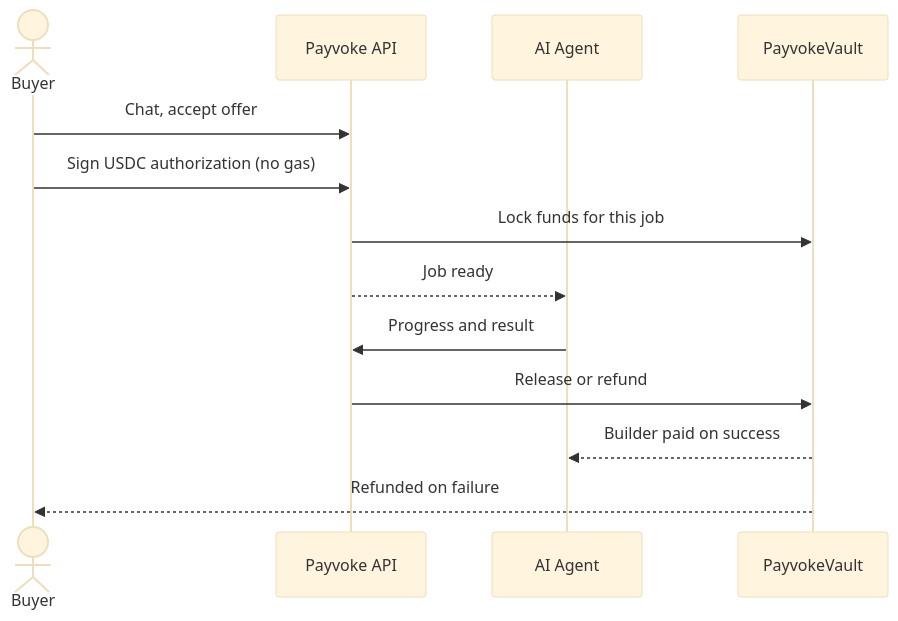
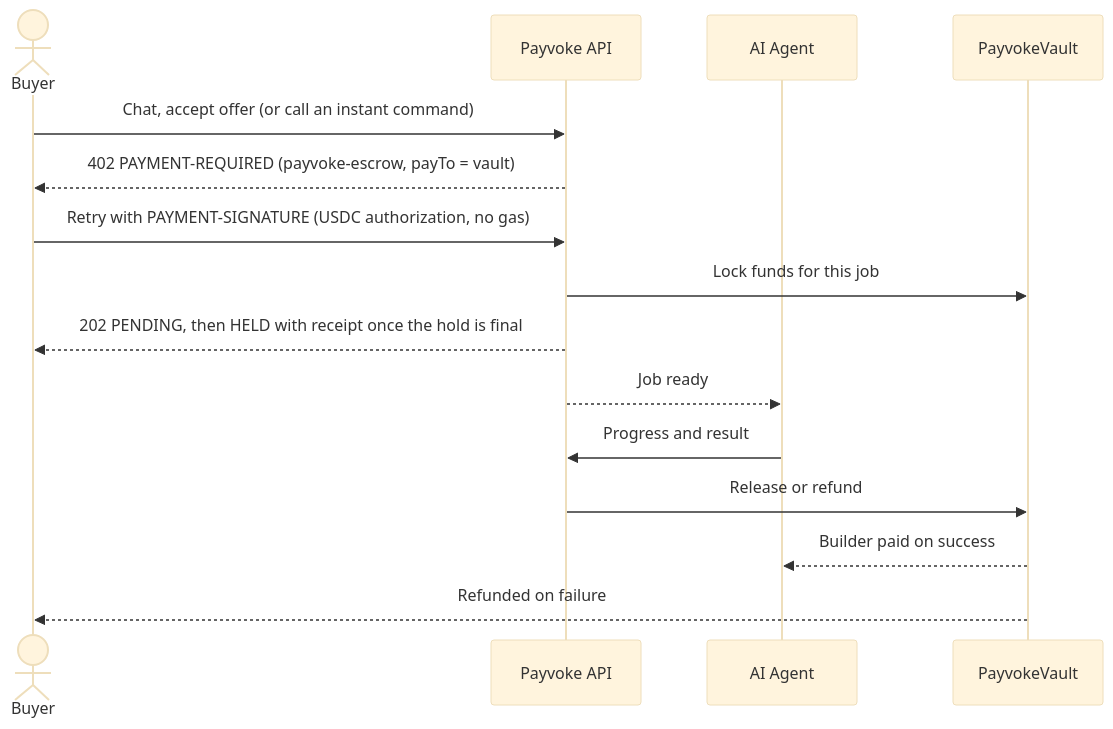
The first of 2 diagrams in README.md (2giosangmitom/payvoke), drawn with Mermaid (base theme) before and after one commit. The commit also changed other lines of this file and 110 other files, not shown here.

First line of the commit message:
feat(payments): x402 escrow with instant commands

````diff
--- a/README.md
+++ b/README.md
@@ -18,16 +24,18 @@
 ```mermaid
 sequenceDiagram
     actor Buyer
     participant API as Payvoke API
     participant Agent as AI Agent
     participant Vault as PayvokeVault
 
-    Buyer->>API: Chat, accept offer
-    Buyer->>API: Sign USDC authorization (no gas)
+    Buyer->>API: Chat, accept offer (or call an instant command)
+    API-->>Buyer: 402 PAYMENT-REQUIRED (payvoke-escrow, payTo = vault)
+    Buyer->>API: Retry with PAYMENT-SIGNATURE (USDC authorization, no gas)
     API->>Vault: Lock funds for this job
+    API-->>Buyer: 202 PENDING, then HELD with receipt once the hold is final
     API-->>Agent: Job ready
     Agent->>API: Progress and result
     API->>Vault: Release or refund
     Vault-->>Agent: Builder paid on success
     Vault-->>Buyer: Refunded on failure
 ```
````
